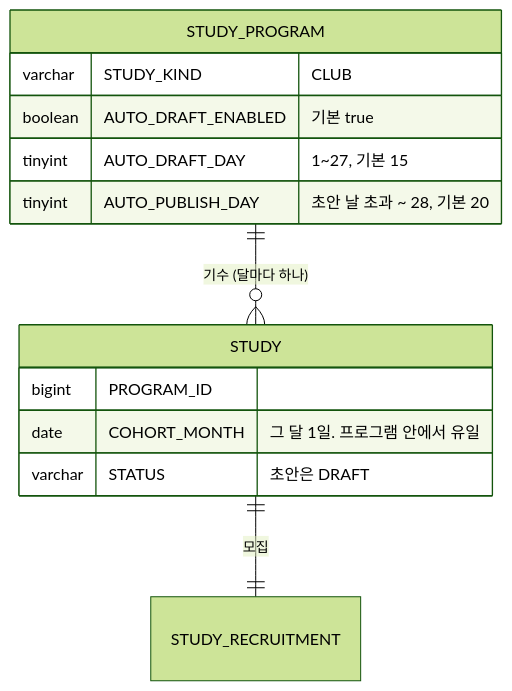
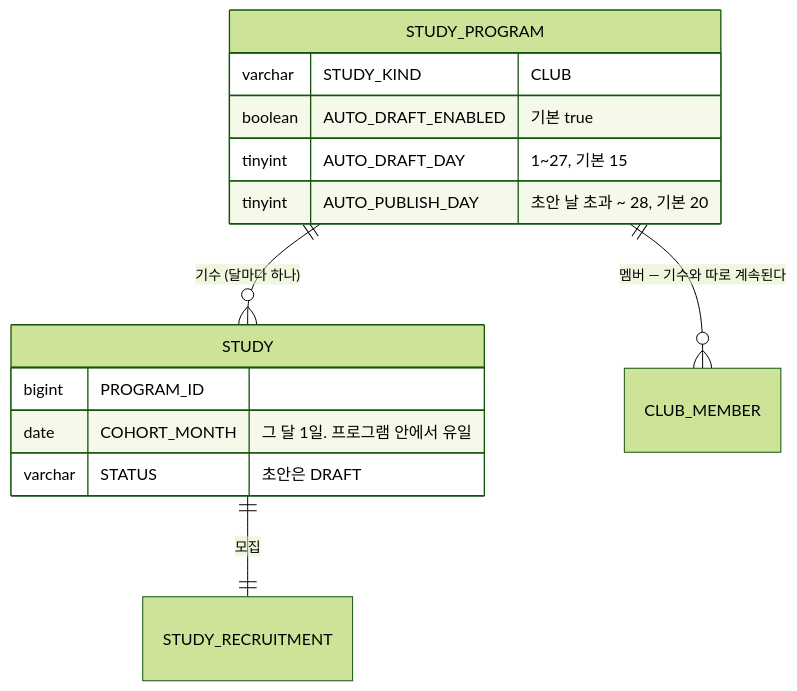
The second of 2 diagrams in 01-planning/stories/captain-reregister-cohort/PRD.md (StudyClub-PlusPlus/studyclub-engineering), drawn with Mermaid (forest theme) before and after one commit. The commit also changed other lines of this file and 8 other files, not shown here.

````diff
--- a/01-planning/stories/captain-reregister-cohort/PRD.md
+++ b/01-planning/stories/captain-reregister-cohort/PRD.md
@@ -226,16 +226,17 @@
 ```mermaid
 erDiagram
   STUDY_PROGRAM ||--o{ STUDY : "기수 (달마다 하나)"
   STUDY ||--|| STUDY_RECRUITMENT : "모집"
+  STUDY_PROGRAM ||--o{ CLUB_MEMBER : "멤버 — 기수와 따로 계속된다"
   STUDY_PROGRAM {
     varchar STUDY_KIND "CLUB"
     boolean AUTO_DRAFT_ENABLED "기본 true"
     tinyint AUTO_DRAFT_DAY "1~27, 기본 15"
     tinyint AUTO_PUBLISH_DAY "초안 날 초과 ~ 28, 기본 20"
   }
   STUDY {
     bigint PROGRAM_ID
     date COHORT_MONTH "그 달 1일. 프로그램 안에서 유일"
     varchar STATUS "초안은 DRAFT"
   }
 ```
````
